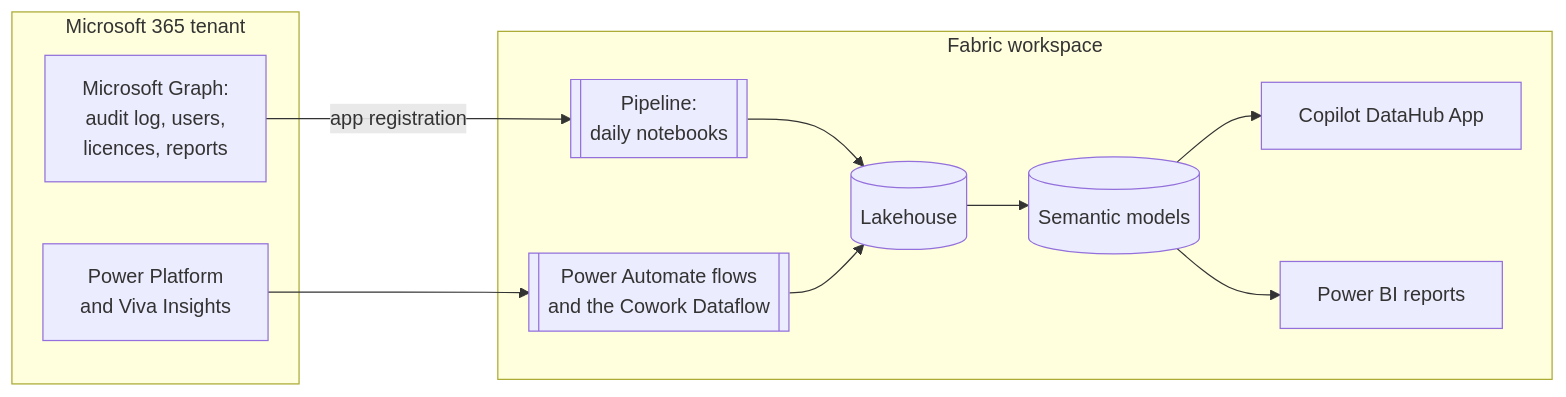
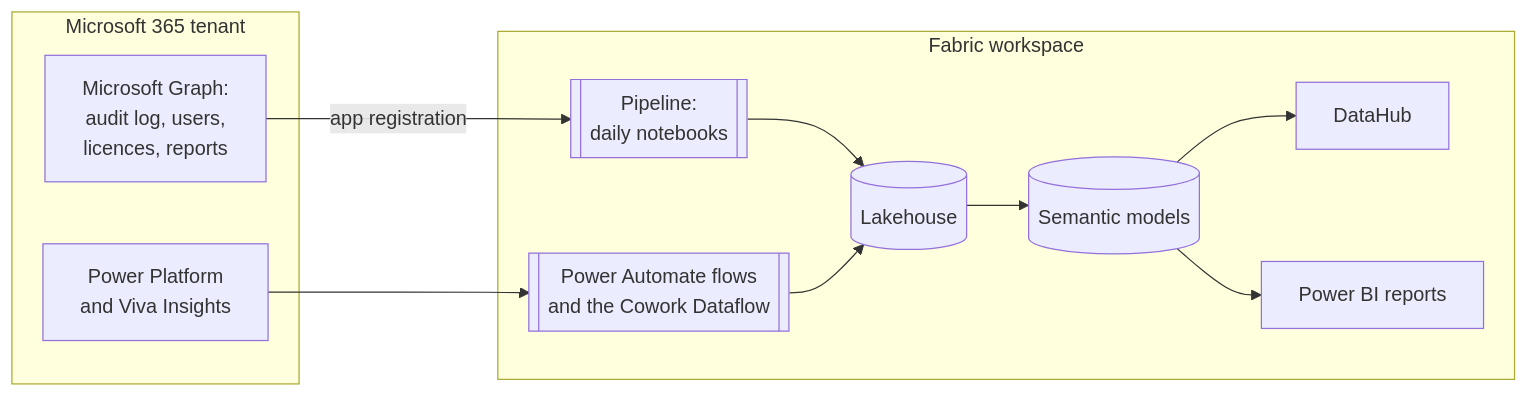
One commit to microsoft/AnalyticsHub-Dashboard changed the first of 2 diagrams in docs/ARCHITECTURE.md. Above: the diagram before and after it, drawn with Mermaid. The commit also changed other lines of this file and 153 other files, not shown here.

Commit message:
Rename product to DataHub

````diff
--- a/docs/ARCHITECTURE.md
+++ b/docs/ARCHITECTURE.md
@@ -28,19 +28,19 @@
 ```mermaid
 flowchart LR
   subgraph M365["Microsoft 365 tenant"]
     G[Microsoft Graph:<br/>audit log, users,<br/>licences, reports]
     PP[Power Platform<br/>and Viva Insights]
   end
   subgraph WS["Fabric workspace"]
     P[[Pipeline:<br/>daily notebooks]]
     F[[Power Automate flows<br/>and the Cowork Dataflow]]
     L[(Lakehouse)]
     SM[(Semantic models)]
-    APP[Copilot DataHub App]
+    APP[DataHub]
     R[Power BI reports]
   end
   G -- app registration --> P --> L
   PP --> F --> L
   L --> SM --> APP
   SM --> R
 ```
````
